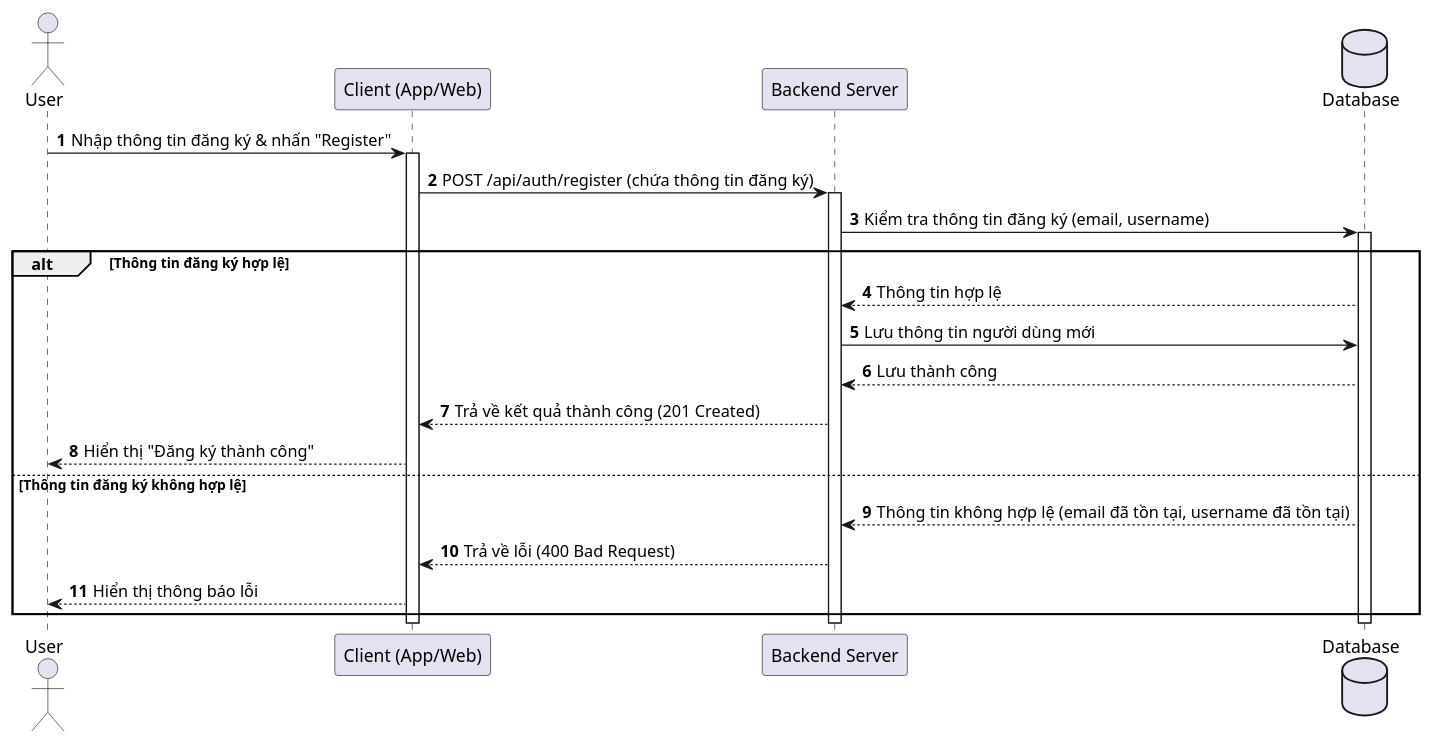
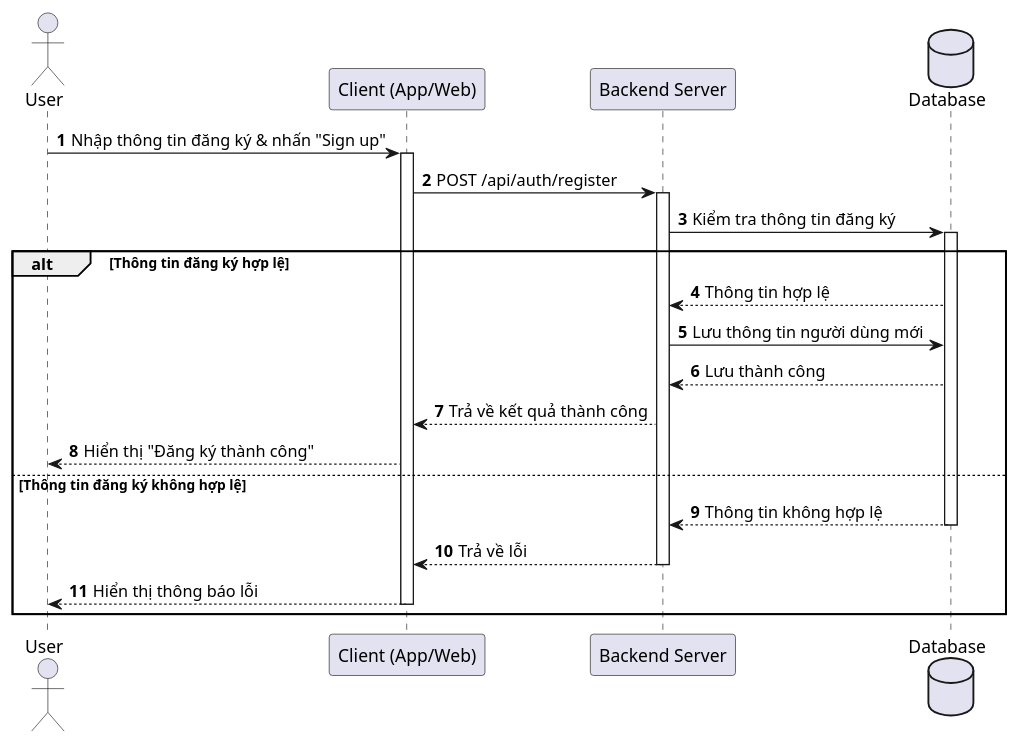
One commit to huycitEIU/eiu-archive-dev changed the diagram in docs/diagrams/sequence/user/register-user-seq.wsd. Above: the diagram before and after it, drawn with PlantUML. The commit also changed 7 other files, not shown here.

Commit message:
feat: update sequence diagrams for document operations and user authentication

```diff
--- a/docs/diagrams/sequence/user/register-user-seq.wsd
+++ b/docs/diagrams/sequence/user/register-user-seq.wsd
@@ -1,30 +1,30 @@
 @startuml RegisterSequenceDiagram
     autonumber
     actor "User" as user
     participant "Client (App/Web)" as client
     participant "Backend Server" as server
     database "Database" as db
 
     ' User đăng ký tài khoản
-    user -> client: Nhập thông tin đăng ký & nhấn "Register"
+    user -> client: Nhập thông tin đăng ký & nhấn "Sign up"
     activate client
-    client -> server: POST /api/auth/register (chứa thông tin đăng ký)
+    client -> server: POST /api/auth/register
     activate server
-    server -> db: Kiểm tra thông tin đăng ký (email, username)
+    server -> db: Kiểm tra thông tin đăng ký
     activate db
     alt Thông tin đăng ký hợp lệ
         db --> server: Thông tin hợp lệ
         server -> db: Lưu thông tin người dùng mới
         db --> server: Lưu thành công
-        server --> client: Trả về kết quả thành công (201 Created)
+        server --> client: Trả về kết quả thành công
         client --> user: Hiển thị "Đăng ký thành công"
     else Thông tin đăng ký không hợp lệ
-        db --> server: Thông tin không hợp lệ (email đã tồn tại, username đã tồn tại)
-        server --> client: Trả về lỗi (400 Bad Request)
+        db --> server: Thông tin không hợp lệ
+        deactivate db
+        server --> client: Trả về lỗi
+        deactivate server
         client --> user: Hiển thị thông báo lỗi
+        deactivate client
     end
-    deactivate db
-    deactivate server
-    deactivate client
 
 @enduml
```
